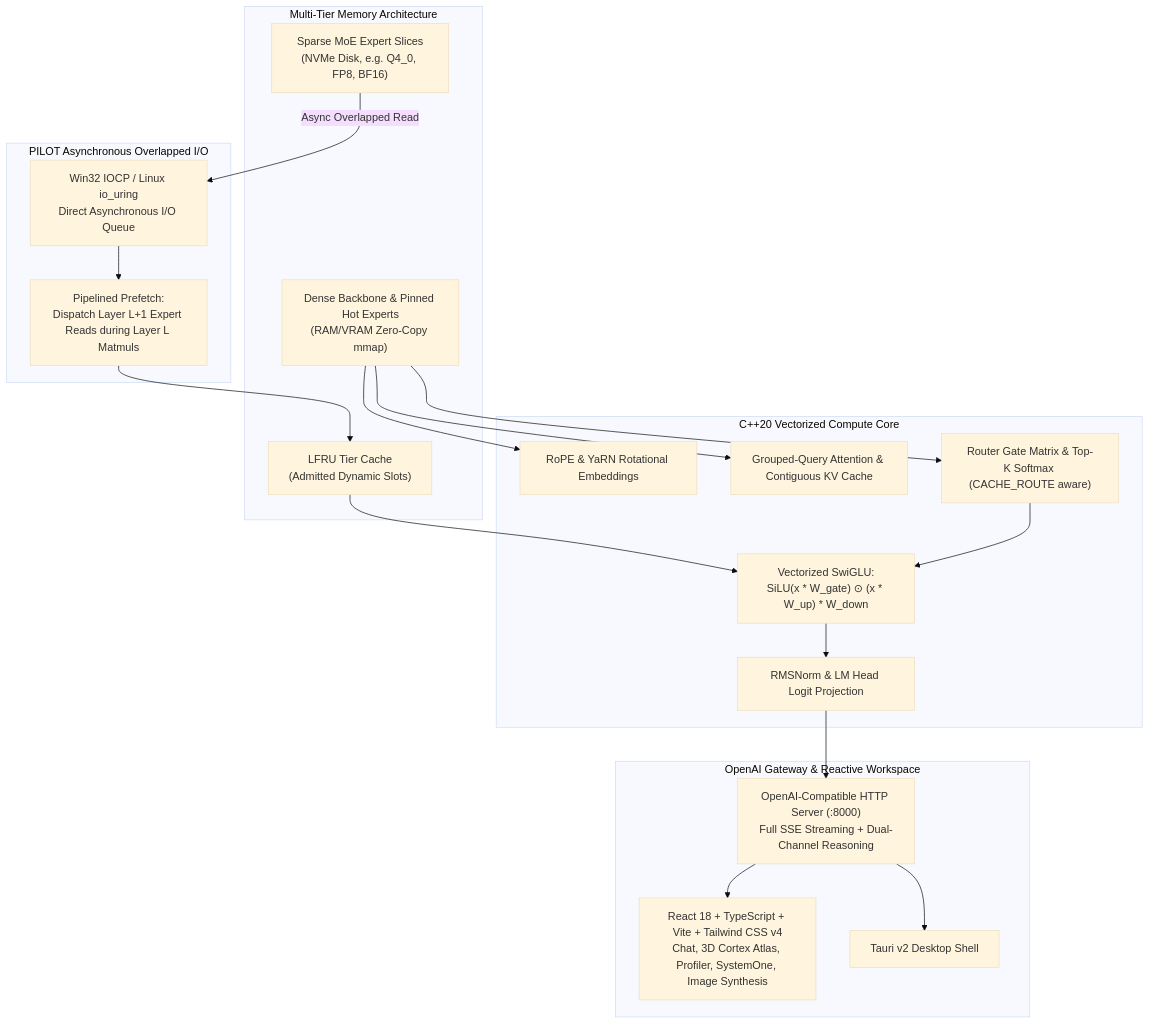
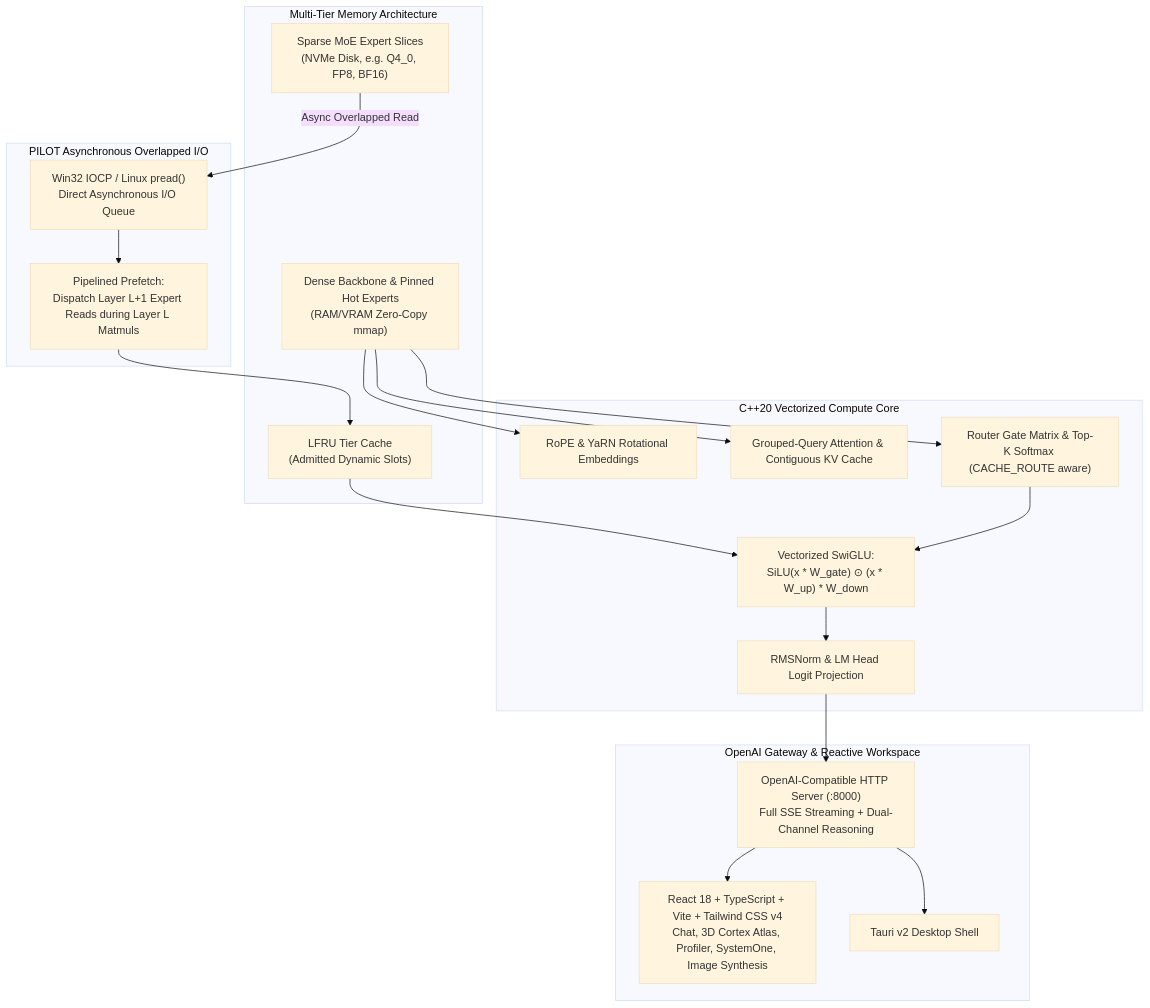
One commit to jacxishipping/jxai changed the diagram in README.md. Above: the diagram before and after it, drawn with Mermaid (base theme). The commit also changed other lines of this file and 28 other files, not shown here.

````diff
--- a/README.md
+++ b/README.md
@@ -11,40 +11,40 @@
 ```mermaid
 flowchart TD
     subgraph Multi_Tier_Memory["Multi-Tier Memory Architecture"]
         VRAM["Dense Backbone & Pinned Hot Experts<br/>(RAM/VRAM Zero-Copy mmap)"]
         RAM["LFRU Tier Cache<br/>(Admitted Dynamic Slots)"]
         NVMe["Sparse MoE Expert Slices<br/>(NVMe Disk, e.g. Q4_0, FP8, BF16)"]
     end
 
     subgraph PILOT["PILOT Asynchronous Overlapped I/O"]
-        IOCP["Win32 IOCP / Linux io_uring<br/>Direct Asynchronous I/O Queue"]
+        IOCP["Win32 IOCP / Linux pread()<br/>Direct Asynchronous I/O Queue"]
         Prefetch["Pipelined Prefetch:<br/>Dispatch Layer L+1 Expert Reads during Layer L Matmuls"]
     end
 
     subgraph Math_Engine["C++20 Vectorized Compute Core"]
         RoPE["RoPE & YaRN Rotational Embeddings"]
         GQA["Grouped-Query Attention & Contiguous KV Cache"]
         Router["Router Gate Matrix & Top-K Softmax (CACHE_ROUTE aware)"]
         SwiGLU["Vectorized SwiGLU:<br/>SiLU(x * W_gate) ⊙ (x * W_up) * W_down"]
         LMHead["RMSNorm & LM Head Logit Projection"]
     end
 
     subgraph Client_Gateway["OpenAI Gateway & Reactive Workspace"]
         HTTP["OpenAI-Compatible HTTP Server (:8000)<br/>Full SSE Streaming + Dual-Channel Reasoning"]
         WebUI["React 18 + TypeScript + Vite + Tailwind CSS v4<br/>Chat, 3D Cortex Atlas, Profiler, SystemOne, Image Synthesis"]
         Desktop["Tauri v2 Desktop Shell"]
     end
 
     NVMe -->|Async Overlapped Read| IOCP
     IOCP --> Prefetch
     Prefetch --> RAM
     RAM --> SwiGLU
     VRAM --> RoPE
     VRAM --> GQA
     VRAM --> Router
     Router --> SwiGLU
     SwiGLU --> LMHead
     LMHead --> HTTP
     HTTP --> WebUI
     HTTP --> Desktop
 ```
````
